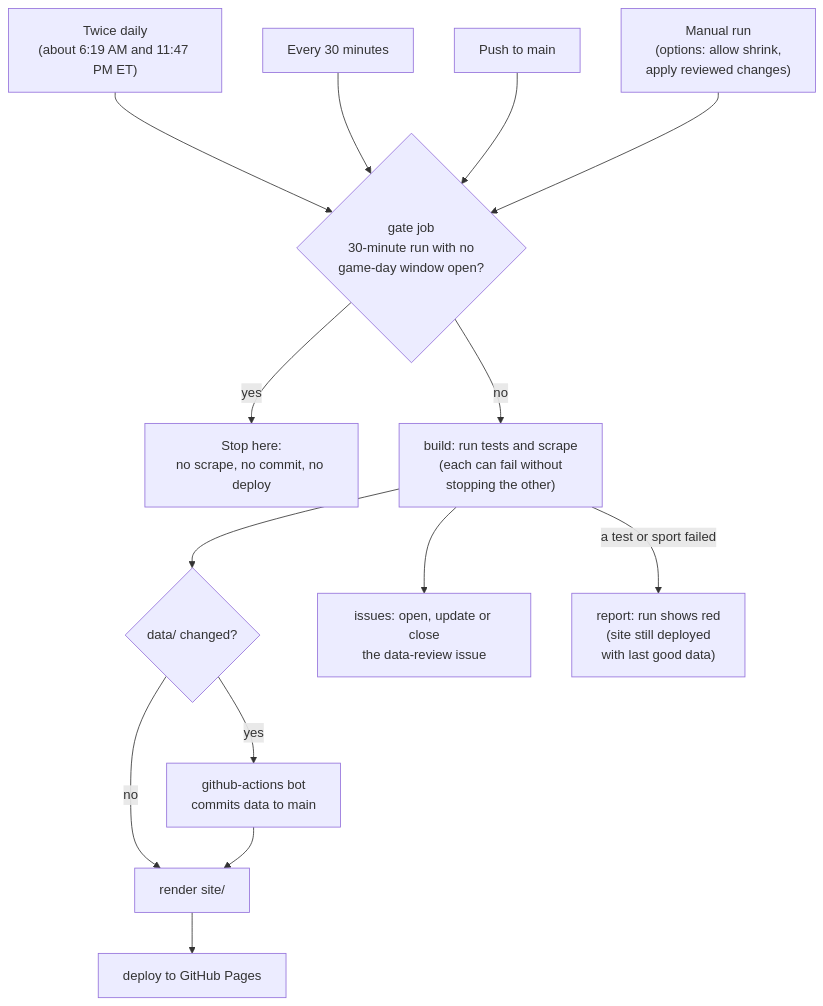
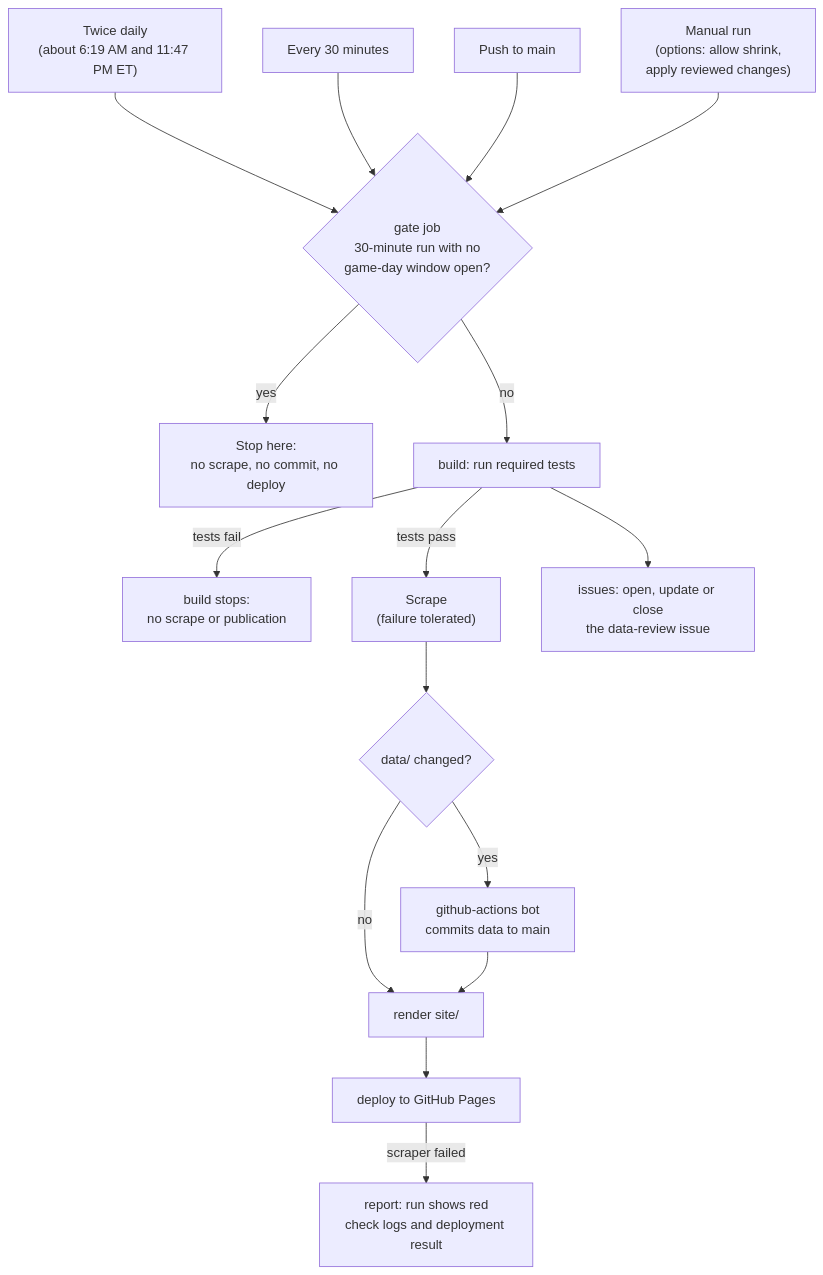
The second of 3 diagrams in README.md (Haynesmodel/DePauw-vs-Wabash-web), drawn with Mermaid before and after one commit. The commit also changed other lines of this file and 1 other file, not shown here.

Commit message:
fix: stop deployment when tests fail

````diff
--- a/README.md
+++ b/README.md
@@ -160,17 +162,19 @@
 ```mermaid
 flowchart TD
   T1["Twice daily<br/>(about 6:19 AM and 11:47 PM ET)"] --> G
   T2["Every 30 minutes"] --> G
   T3["Push to main"] --> G
   T4["Manual run<br/>(options: allow shrink,<br/>apply reviewed changes)"] --> G
   G{"gate job<br/>30-minute run with no<br/>game-day window open?"}
   G -- "yes" --> X["Stop here:<br/>no scrape, no commit, no deploy"]
-  G -- "no" --> B["build: run tests and scrape<br/>(each can fail without<br/>stopping the other)"]
-  B --> C{"data/ changed?"}
+  G -- "no" --> B["build: run required tests"]
+  B -- "tests fail" --> TF["build stops:<br/>no scrape or publication"]
+  B -- "tests pass" --> S["Scrape<br/>(failure tolerated)"]
+  S --> C{"data/ changed?"}
   C -- "yes" --> CM["github-actions bot<br/>commits data to main"]
   C -- "no" --> RD
   CM --> RD["render site/"]
   RD --> D["deploy to GitHub Pages"]
   B --> IS["issues: open, update or close<br/>the data-review issue"]
-  B -- "a test or sport failed" --> RP["report: run shows red<br/>(site still deployed<br/>with last good data)"]
+  D -- "scraper failed" --> RP["report: run shows red<br/>check logs and deployment result"]
 ```
````
